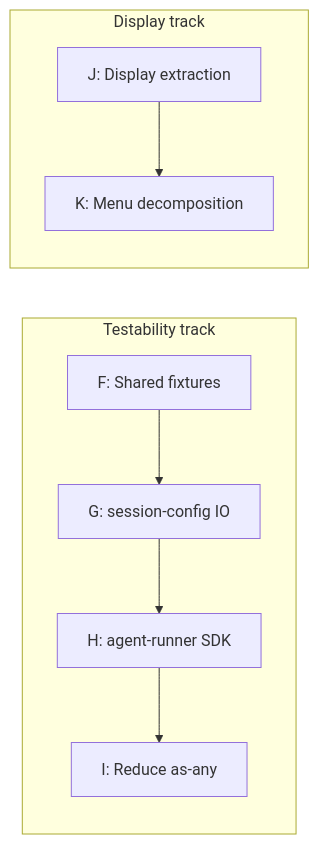
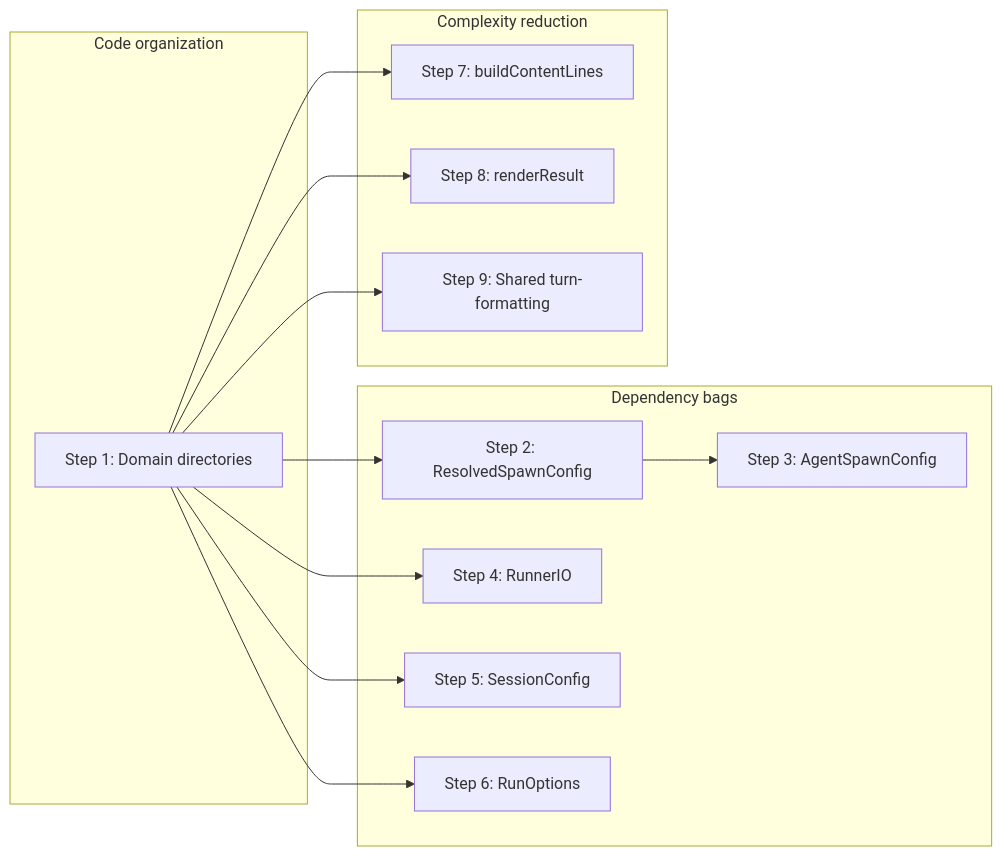
The sixth of 6 diagrams in docs/architecture/architecture.md (ttdua/pi-subagents), drawn with Mermaid before and after one commit. The commit also changed other lines of this file and 8 other files, not shown here.

First line of the commit message:
docs(pi-subagents): restructure architecture doc with domain model and diagrams

````diff
--- a/docs/architecture/architecture.md
+++ b/docs/architecture/architecture.md
@@ -598,9 +716,19 @@
 ```mermaid
 flowchart LR
-    subgraph testability["Testability track"]
-        F["F: Shared fixtures"] --> G["G: session-config IO"] --> H["H: agent-runner SDK"] --> I["I: Reduce as-any"]
+    subgraph organization["Code organization"]
+        S1["Step 1: Domain directories"]
     end
-    subgraph display["Display track"]
-        J["J: Display extraction"] --> K["K: Menu decomposition"]
+    subgraph bags["Dependency bags"]
+        S2["Step 2: ResolvedSpawnConfig"] --> S3["Step 3: AgentSpawnConfig"]
+        S4["Step 4: RunnerIO"]
+        S5["Step 5: SessionConfig"]
+        S6["Step 6: RunOptions"]
     end
+    subgraph complexity["Complexity reduction"]
+        S7["Step 7: buildContentLines"]
+        S8["Step 8: renderResult"]
+        S9["Step 9: Shared turn-formatting"]
+    end
+    S1 --> S2 & S4 & S5 & S6
+    S1 --> S7 & S8 & S9
 ```
````
